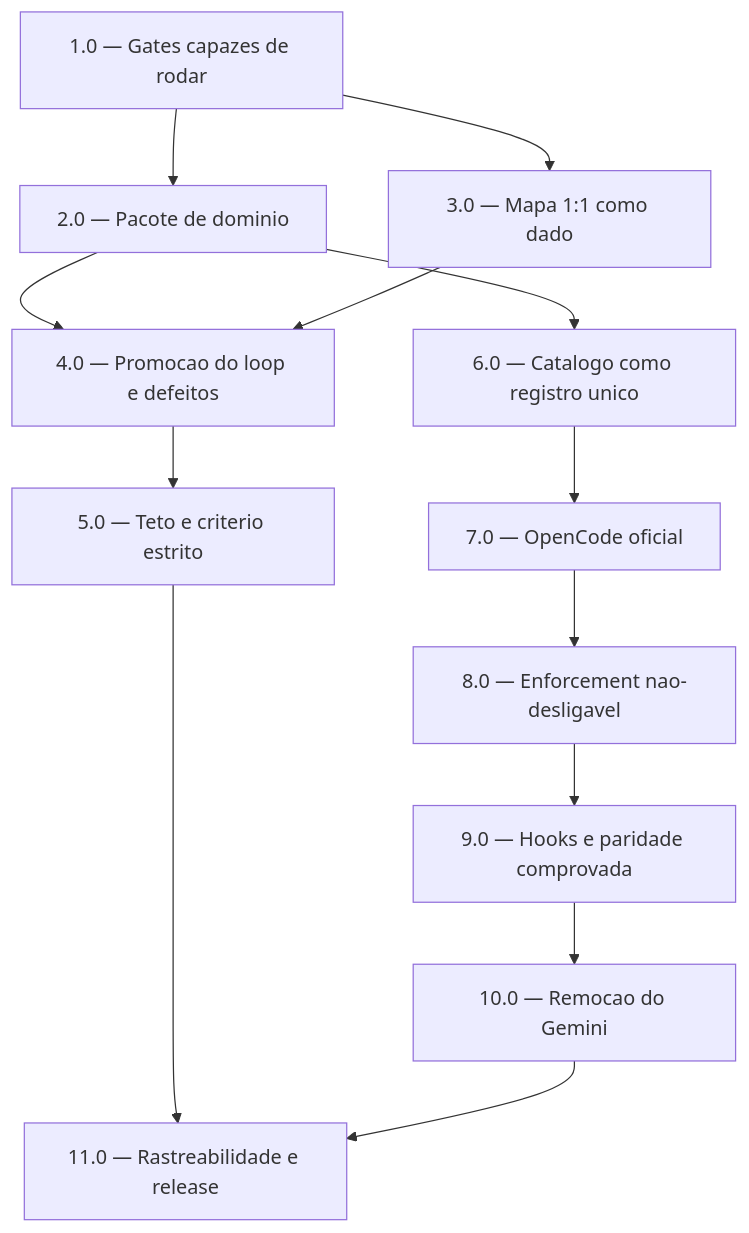
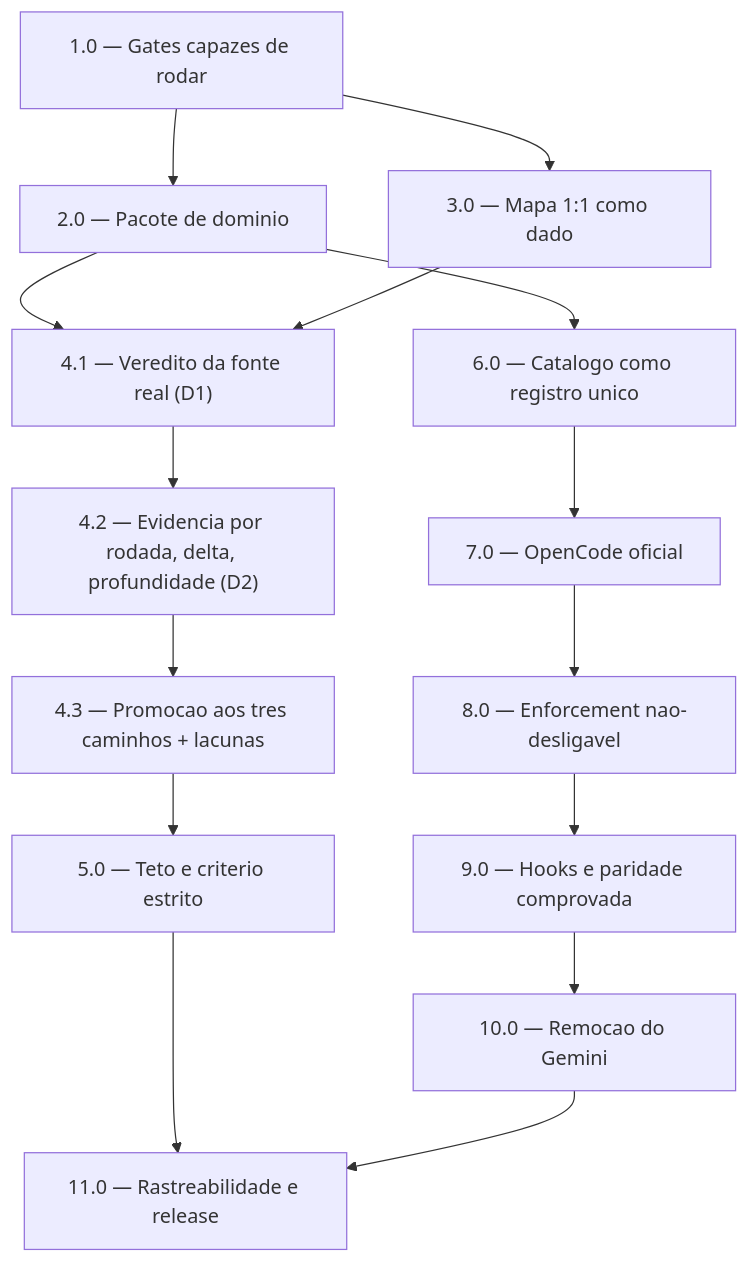
One commit to JailtonJunior94/orchestrator changed the diagram in .specs/prd-harness-quatro-clis-loop-aprovacao/tasks.md. Above: the diagram before and after it, drawn with Mermaid. The commit also changed other lines of this file and 4 other files, not shown here.

````diff
--- a/.specs/prd-harness-quatro-clis-loop-aprovacao/tasks.md
+++ b/.specs/prd-harness-quatro-clis-loop-aprovacao/tasks.md
@@ -113,26 +131,30 @@
 ```mermaid
 graph TD
     T1["1.0 — Gates capazes de rodar"]
     T2["2.0 — Pacote de dominio"]
     T3["3.0 — Mapa 1:1 como dado"]
-    T4["4.0 — Promocao do loop e defeitos"]
+    T41["4.1 — Veredito da fonte real (D1)"]
+    T42["4.2 — Evidencia por rodada, delta, profundidade (D2)"]
+    T43["4.3 — Promocao aos tres caminhos + lacunas"]
     T5["5.0 — Teto e criterio estrito"]
     T6["6.0 — Catalogo como registro unico"]
     T7["7.0 — OpenCode oficial"]
     T8["8.0 — Enforcement nao-desligavel"]
     T9["9.0 — Hooks e paridade comprovada"]
     T10["10.0 — Remocao do Gemini"]
     T11["11.0 — Rastreabilidade e release"]
     T1 --> T2
     T1 --> T3
-    T2 --> T4
-    T3 --> T4
-    T4 --> T5
+    T2 --> T41
+    T3 --> T41
+    T41 --> T42
+    T42 --> T43
+    T43 --> T5
     T2 --> T6
     T6 --> T7
     T7 --> T8
     T8 --> T9
     T9 --> T10
     T5 --> T11
     T10 --> T11
 ```
````
